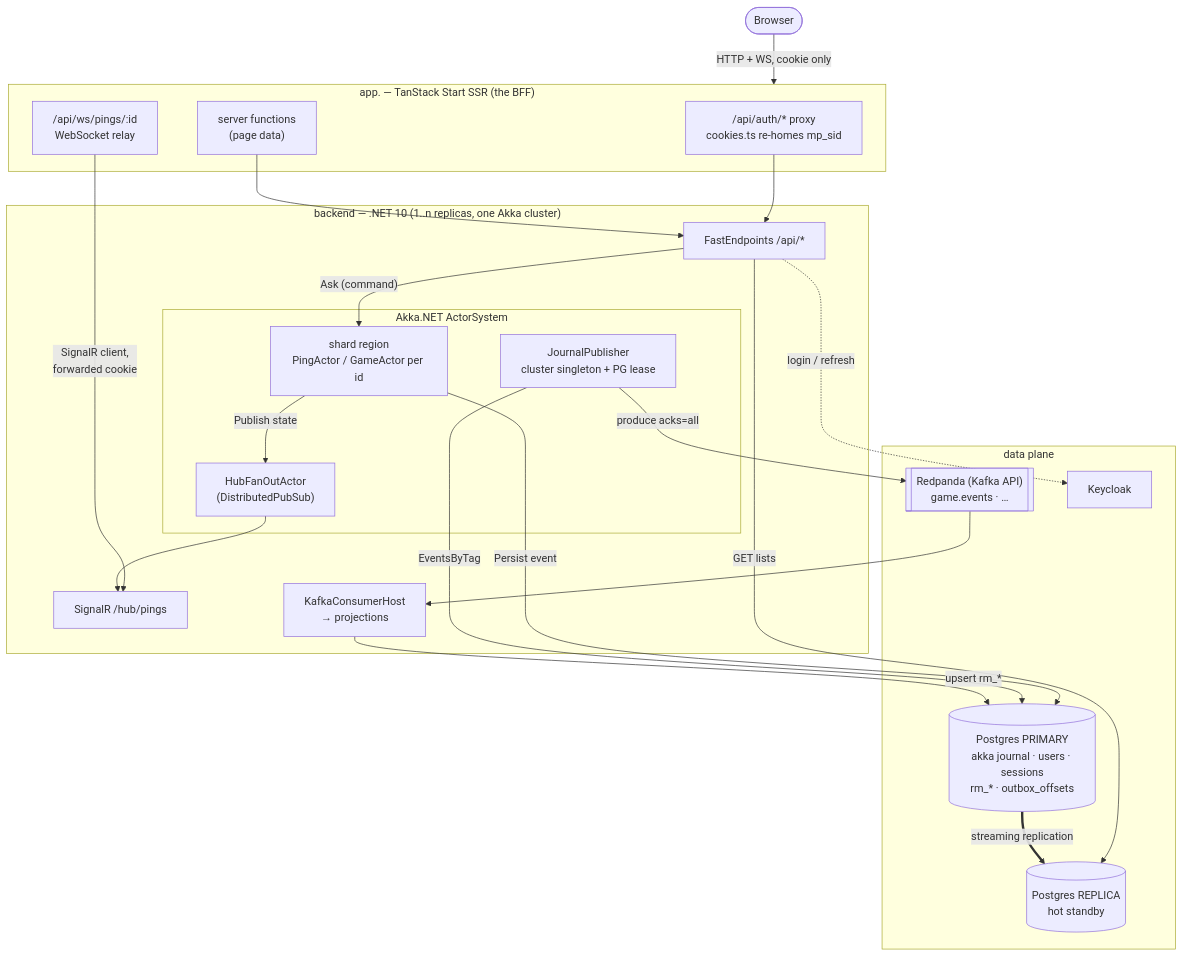
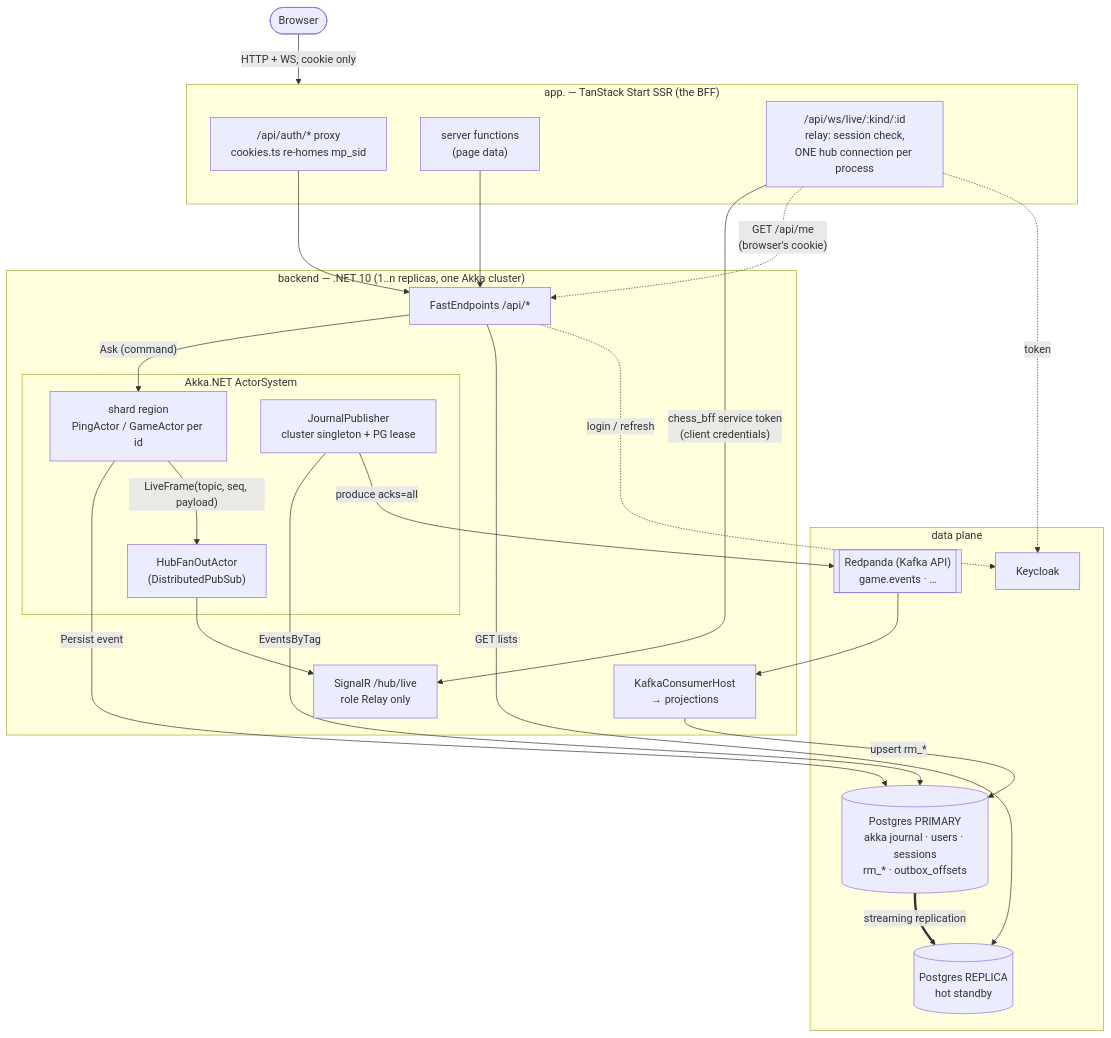
One commit to Aliendreamer/chess changed the first of 7 diagrams in openspec/architecture.md. Above: the diagram before and after it, drawn with Mermaid. The commit also changed other lines of this file and 4 other files, not shown here.

First line of the commit message:
docs(repo): shared live relay and audience in architecture and notes

````diff
--- a/openspec/architecture.md
+++ b/openspec/architecture.md
@@ -18,42 +18,44 @@
 ```mermaid
 flowchart TB
     browser([Browser])
 
     subgraph bff["app. — TanStack Start SSR (the BFF)"]
         proxy["/api/auth/* proxy<br/>cookies.ts re-homes mp_sid"]
         sfn["server functions<br/>(page data)"]
-        relay["/api/ws/pings/:id<br/>WebSocket relay"]
+        relay["/api/ws/live/:kind/:id<br/>relay: session check,<br/>ONE hub connection per process"]
     end
 
     subgraph be["backend — .NET 10 (1..n replicas, one Akka cluster)"]
         http["FastEndpoints /api/*"]
-        hub["SignalR /hub/pings"]
+        hub["SignalR /hub/live<br/>role Relay only"]
         subgraph akka["Akka.NET ActorSystem"]
             region["shard region<br/>PingActor / GameActor per id"]
             fanout["HubFanOutActor<br/>(DistributedPubSub)"]
             pub["JournalPublisher<br/>cluster singleton + PG lease"]
         end
         proj["KafkaConsumerHost<br/>→ projections"]
     end
 
     subgraph data["data plane"]
         primary[("Postgres PRIMARY<br/>akka journal · users · sessions<br/>rm_* · outbox_offsets")]
         replica[("Postgres REPLICA<br/>hot standby")]
         kafka[["Redpanda (Kafka API)<br/>game.events · …"]]
         kc["Keycloak"]
     end
 
     browser -- "HTTP + WS, cookie only" --> bff
     proxy --> http
     sfn --> http
-    relay -- "SignalR client,<br/>forwarded cookie" --> hub
+    relay -- "chess_bff service token<br/>(client credentials)" --> hub
+    relay -. "GET /api/me<br/>(browser's cookie)" .-> http
+    relay -. "token" .-> kc
     http -- "Ask (command)" --> region
     http -- "GET lists" --> replica
     http -. "login / refresh" .-> kc
     region -- "Persist event" --> primary
-    region -- "Publish state" --> fanout --> hub
+    region -- "LiveFrame(topic, seq, payload)" --> fanout --> hub
     pub -- "EventsByTag" --> primary
     pub -- "produce acks=all" --> kafka
     kafka --> proj -- "upsert rm_*" --> primary
     primary == "streaming replication" ==> replica
 ```
````
